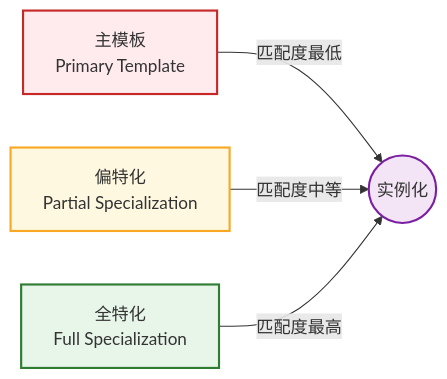
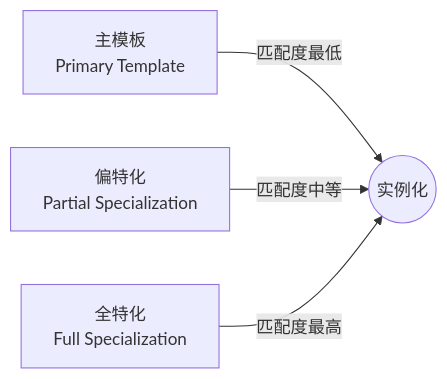
The first of 2 diagrams in _posts/c_c++/c++/GP/2022-02-20-template.md (dmjcb/dmjcb.github.io), drawn with Mermaid before and after one commit. The commit also changed 16 other files, not shown here.

````diff
--- a/_posts/c_c++/c++/GP/2022-02-20-template.md
+++ b/_posts/c_c++/c++/GP/2022-02-20-template.md
@@ -173,16 +173,6 @@
 ```mermaid
 flowchart LR
     A["主模板<br/>Primary Template"] -->|匹配度最低| D((实例化))
     B["偏特化<br/>Partial Specialization"] -->|匹配度中等| D
     C["全特化<br/>Full Specialization"] -->|匹配度最高| D
-
-    classDef primary fill:#ffebee,stroke:#c62828,stroke-width:2px;
-    classDef partial fill:#fff8e1,stroke:#f9a825,stroke-width:2px;
-    classDef full fill:#e8f5e9,stroke:#2e7d32,stroke-width:2px;
-    classDef target fill:#f3e5f5,stroke:#7b1fa2,stroke-width:2px;
-
-    class A primary;
-    class B partial;
-    class C full;
-    class D target;
 ```
````
